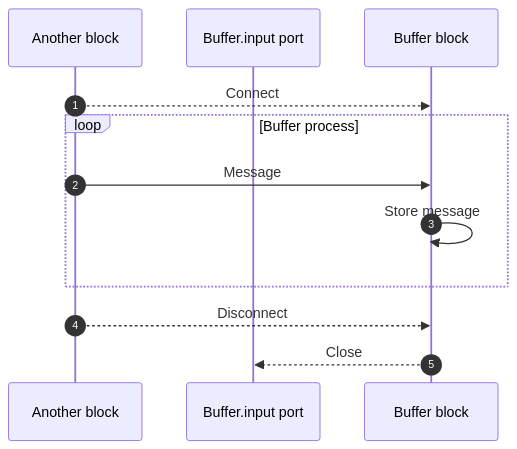
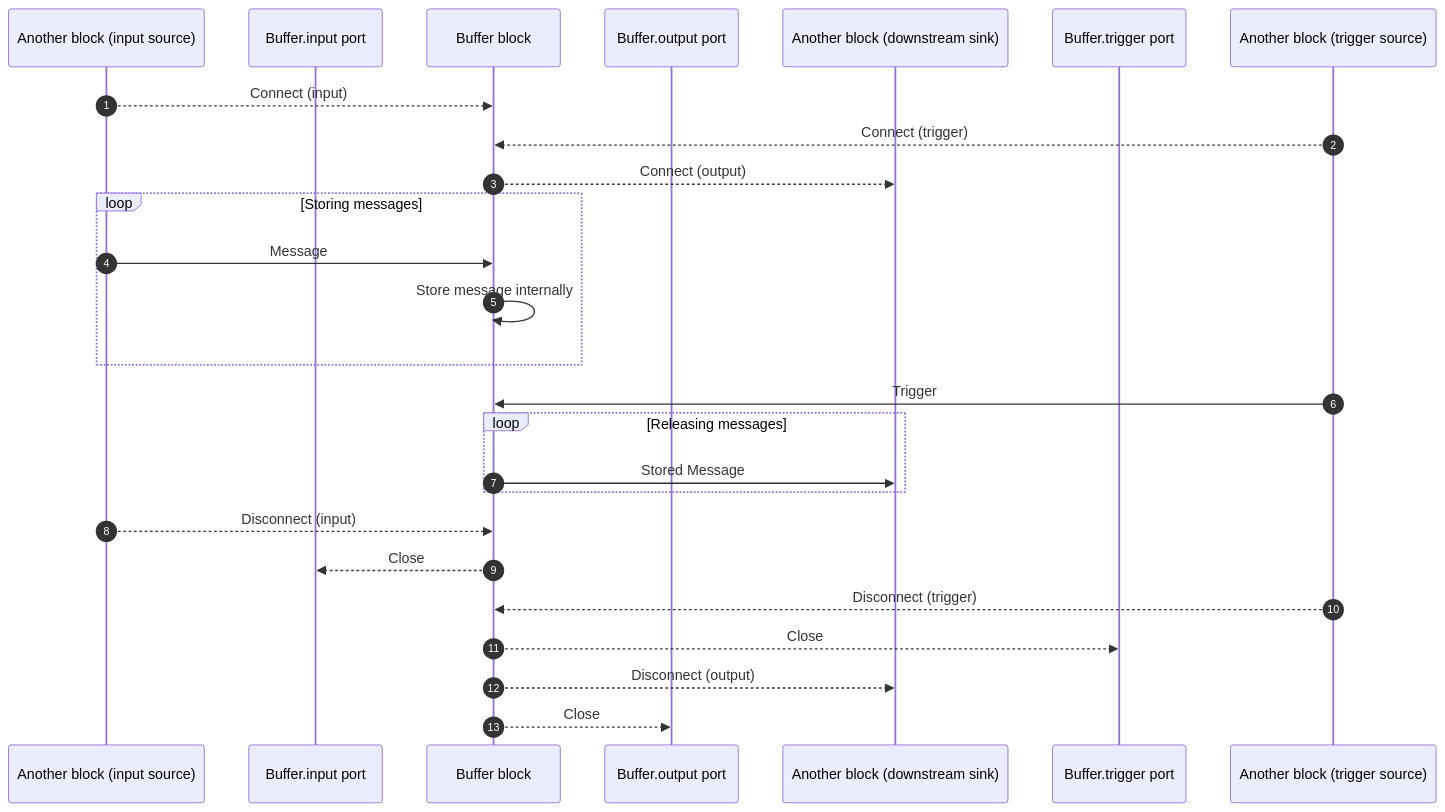
The diagram in lib/protoflow-blocks/doc/core/buffer.seq.mmd (AsimovPlatform/protoflow), drawn with Mermaid before and after one commit. The commit also changed 3 other files, not shown here.

Commit message:
rework Buffer block

```diff
--- a/lib/protoflow-blocks/doc/core/buffer.seq.mmd
+++ b/lib/protoflow-blocks/doc/core/buffer.seq.mmd
@@ -1,15 +1,32 @@
 sequenceDiagram
     autonumber
-    participant BlockA as Another block
+    participant BlockA as Another block (input source)
     participant Buffer.input as Buffer.input port
     participant Buffer as Buffer block
+    participant Buffer.output as Buffer.output port
+    participant BlockB as Another block (downstream sink)
+    participant Buffer.trigger as Buffer.trigger port
+    participant BlockC as Another block (trigger source)
 
-    BlockA-->>Buffer: Connect
+    BlockA-->>Buffer: Connect (input)
+    BlockC-->>Buffer: Connect (trigger)
+    Buffer-->>BlockB: Connect (output)
 
-    loop Buffer process
+    loop Storing messages
         BlockA->>Buffer: Message
-        Buffer->>Buffer: Store message
+        Buffer->>Buffer: Store message internally
     end
 
-    BlockA-->>Buffer: Disconnect
+    BlockC->>Buffer: Trigger
+    loop Releasing messages
+        Buffer->>BlockB: Stored Message
+    end
+
+    BlockA-->>Buffer: Disconnect (input)
     Buffer-->>Buffer.input: Close
+
+    BlockC-->>Buffer: Disconnect (trigger)
+    Buffer-->>Buffer.trigger: Close
+
+    Buffer-->>BlockB: Disconnect (output)
+    Buffer-->>Buffer.output: Close
```
